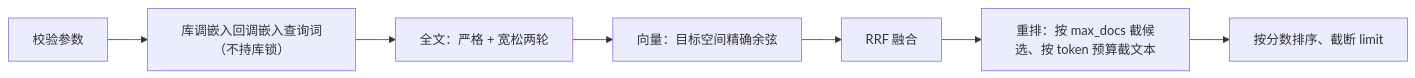
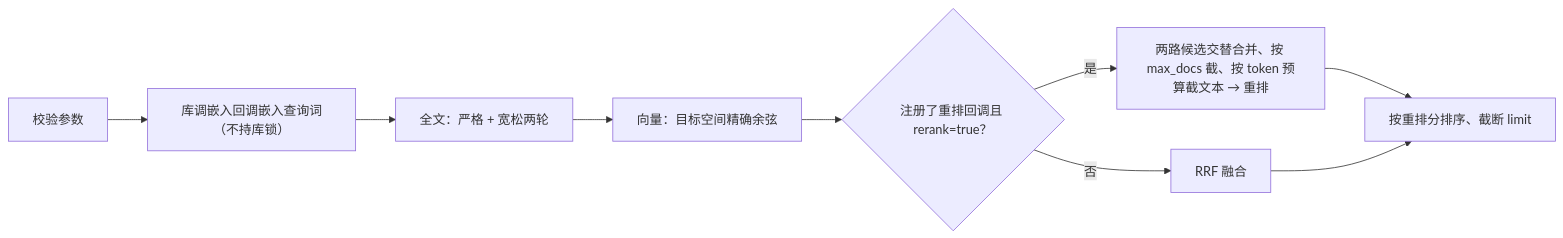
Before and after one commit to kawayiYokami/p-memory: the diagram in docs/search.md, drawn with Mermaid. The commit also changed other lines of this file and 2 other files, not shown here.

Commit message:
feat(search): rerank the merged paths before falling back to fusion
检索顺序改为「重排优先、融合兜底」。

此前是「先融合、后重排」：两路命中各自换成 RRF 名次分并成一张榜，按 RRF
排序后再截 `max_docs` 送重排。两个后果：候选取舍由 RRF 决定，没有双路加持的
真相关候选会在进重排之前就被砍掉；RRF 只吃名次、丢掉强弱，而重排最需要的正是
原始相关性。

现在：注册了重排回调且 `rerank=true` 时，两路候选（全文 + 向量）按名次交替
合并、去重（全文第 0 名、向量第 0 名、全文第 1 名……），不经 RRF，直接按
`max_docs` 截断后送重排，重排分决定名次。未注册回调、本次 `rerank=false`、
或重排产出不符时，退回 RRF 融合排序（此时对完整候选集排序，而非截断后）。
`score` 字段仍为 RRF 融合分，供诊断与兜底参考。

`text` / `vector` / `rerank` 三个「本次是否走」的开关在 Rust 与 Python 两侧
原已具备，本次一并复核。

验证：`cargo test` = lib 17 + core 48（新增 1 条两路合并用例）+ legacy 4 全绿；
Python 绑定重装后 `python -m pytest tests/python -q` = 25 passed。

- merge text and vector candidates by rank interleave before reranking
- rank by rerank score when a reranker is active; keep RRF as the fallback
- keep `score` as the RRF score for diagnostics

````diff
--- a/docs/search.md
+++ b/docs/search.md
@@ -74,9 +74,11 @@
 ```mermaid
 flowchart LR
     A["校验参数"] --> B["库调嵌入回调嵌入查询词（不持库锁）"]
     B --> C["全文：严格 + 宽松两轮"]
     C --> D["向量：目标空间精确余弦"]
-    D --> E["RRF 融合"]
-    E --> F["重排：按 max_docs 截候选、按 token 预算截文本"]
-    F --> G["按分数排序、截断 limit"]
+    D --> E{"注册了重排回调且 rerank=true？"}
+    E -->|是| F["两路候选交替合并、按 max_docs 截、按 token 预算截文本 → 重排"]
+    E -->|否| G["RRF 融合"]
+    F --> H["按重排分排序、截断 limit"]
+    G --> H
 ```
````
